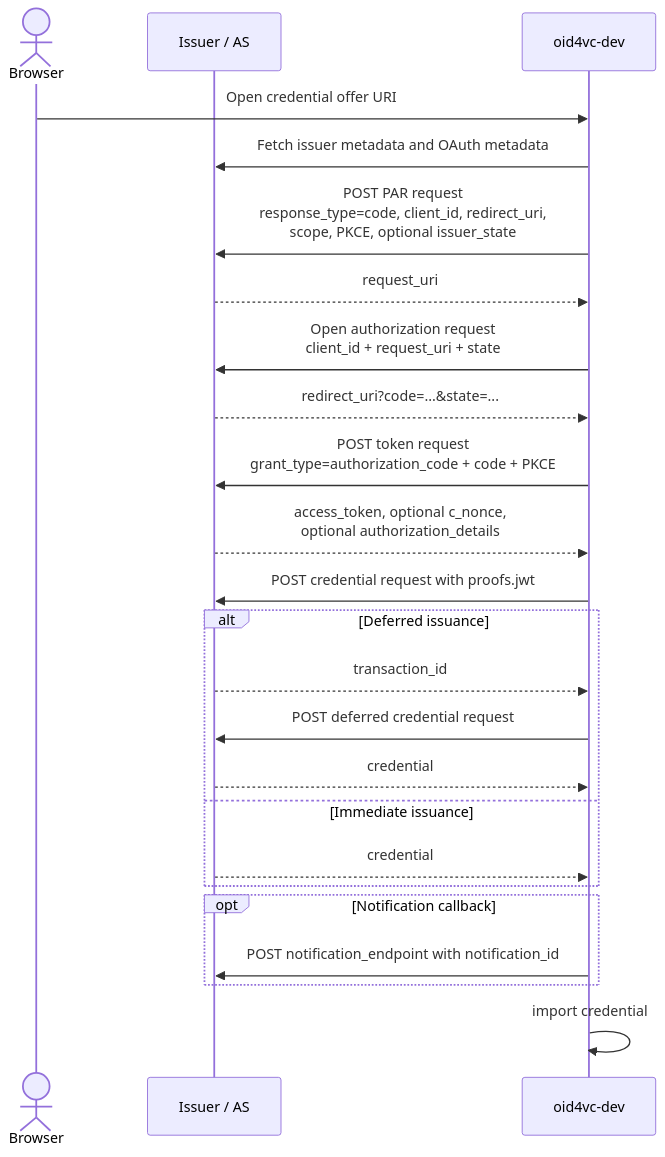
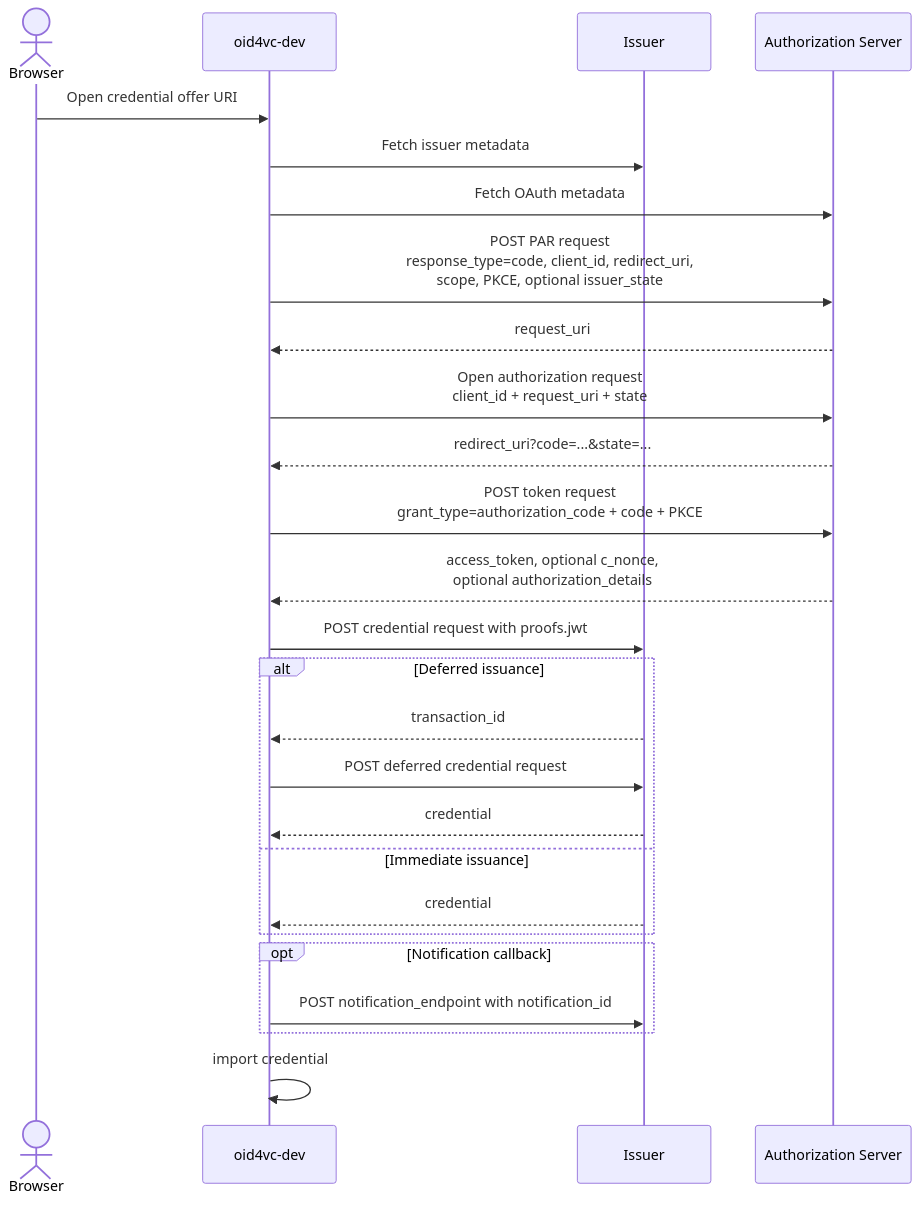
Before and after one commit to dominikschlosser/ssi-debugger: the third of 3 diagrams in docs/diagrams/oid4vci.md, drawn with Mermaid. The commit also changed other lines of this file and 1 other file, not shown here.

Commit message:
docs: model AS and Issuer as separate entities

````diff
--- a/docs/diagrams/oid4vci.md
+++ b/docs/diagrams/oid4vci.md
@@ -76,27 +78,29 @@
 ```mermaid
 sequenceDiagram
     actor Browser
-    participant Issuer as Issuer / AS
     participant Wallet as oid4vc-dev
+    participant Issuer
+    participant AS as Authorization Server
 
     Browser->>Wallet: Open credential offer URI
-    Wallet->>Issuer: Fetch issuer metadata and OAuth metadata
-    Wallet->>Issuer: POST PAR request<br/>response_type=code, client_id, redirect_uri,<br/>scope, PKCE, optional issuer_state
-    Issuer-->>Wallet: request_uri
-    Wallet->>Issuer: Open authorization request<br/>client_id + request_uri + state
-    Issuer-->>Wallet: redirect_uri?code=...&state=...
-    Wallet->>Issuer: POST token request<br/>grant_type=authorization_code + code + PKCE
-    Issuer-->>Wallet: access_token, optional c_nonce,<br/>optional authorization_details
+    Wallet->>Issuer: Fetch issuer metadata
+    Wallet->>AS: Fetch OAuth metadata
+    Wallet->>AS: POST PAR request<br/>response_type=code, client_id, redirect_uri,<br/>scope, PKCE, optional issuer_state
+    AS-->>Wallet: request_uri
+    Wallet->>AS: Open authorization request<br/>client_id + request_uri + state
+    AS-->>Wallet: redirect_uri?code=...&state=...
+    Wallet->>AS: POST token request<br/>grant_type=authorization_code + code + PKCE
+    AS-->>Wallet: access_token, optional c_nonce,<br/>optional authorization_details
     Wallet->>Issuer: POST credential request with proofs.jwt
     alt Deferred issuance
         Issuer-->>Wallet: transaction_id
         Wallet->>Issuer: POST deferred credential request
         Issuer-->>Wallet: credential
     else Immediate issuance
         Issuer-->>Wallet: credential
     end
     opt Notification callback
         Wallet->>Issuer: POST notification_endpoint with notification_id
     end
     Wallet->>Wallet: import credential
 ```
````
